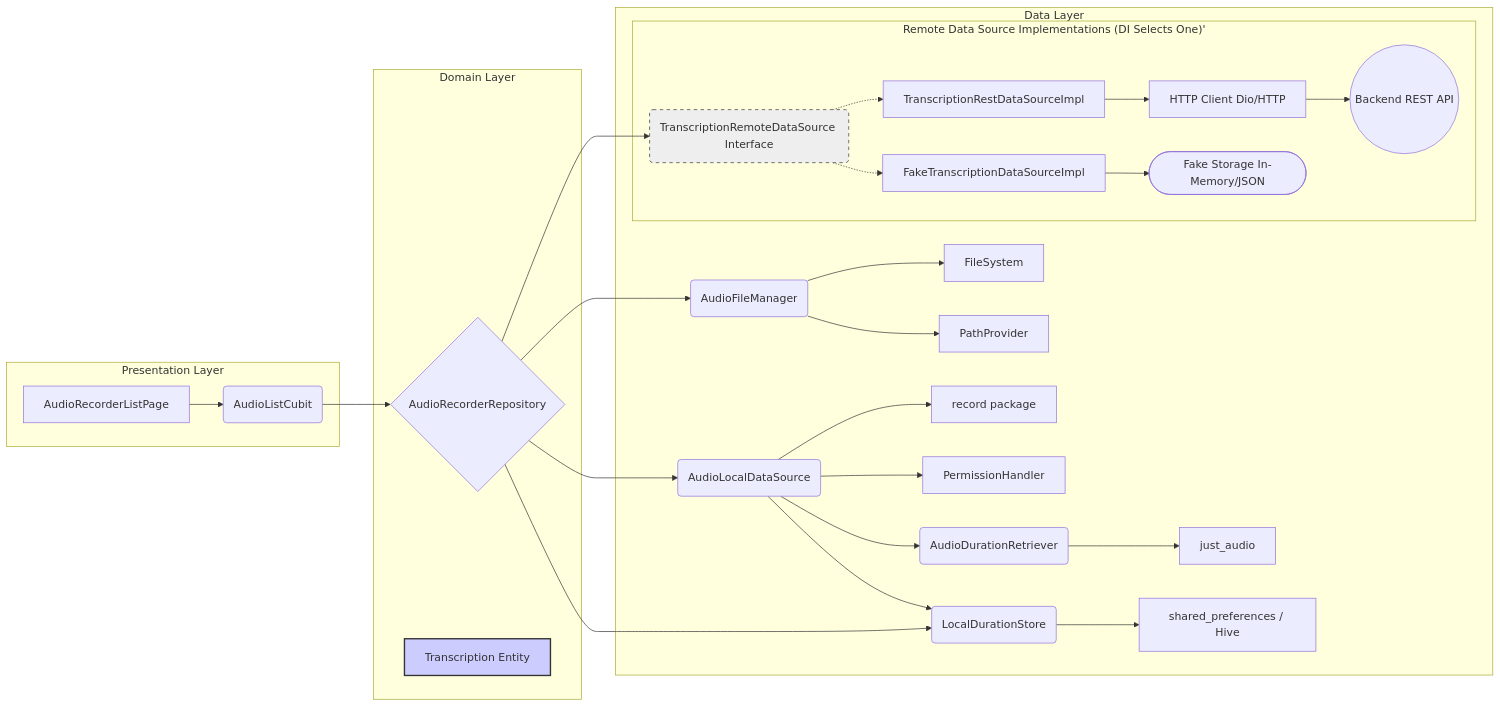
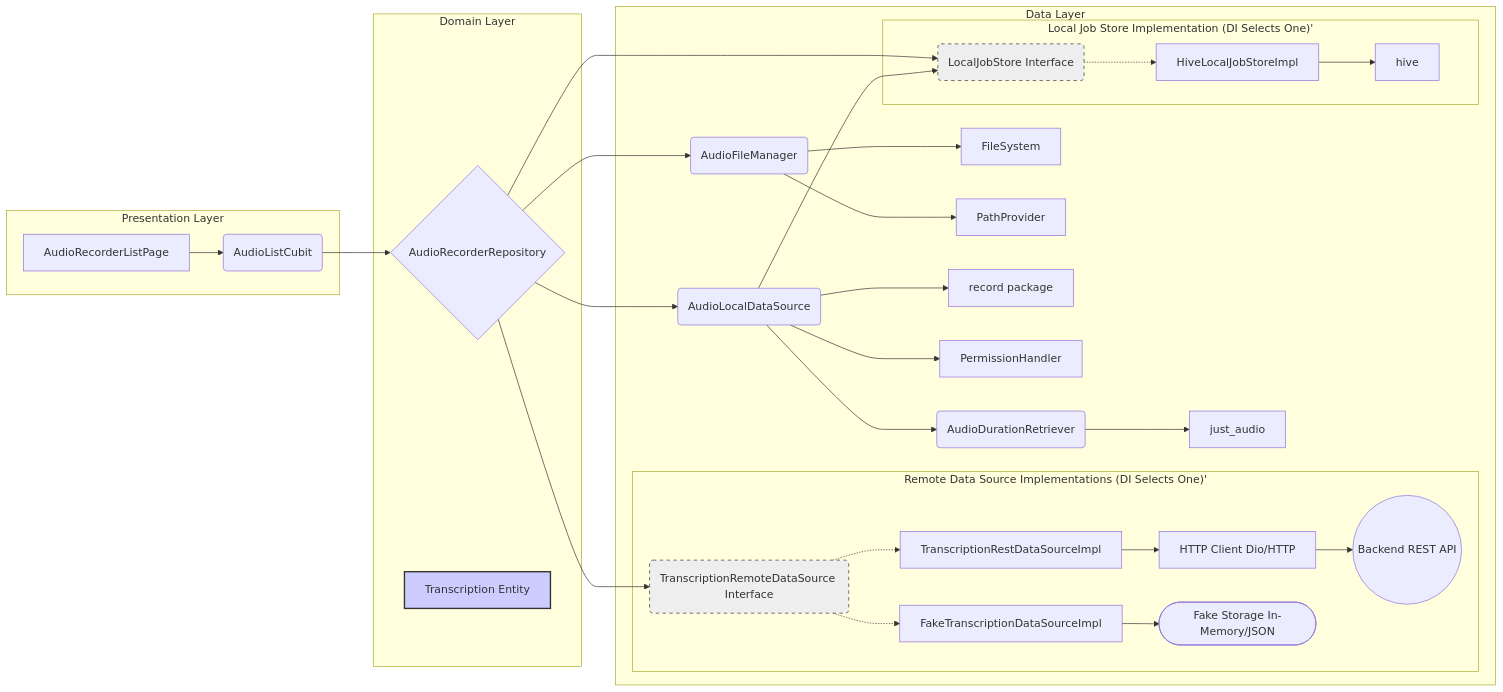
One commit to MediScribe/docjet-mobile changed the second of 2 diagrams in architecture.md. Above: the diagram before and after it, drawn with Mermaid. The commit also changed other lines of this file, not shown here.

Commit message:
updated architecture to consider offline data handling

````diff
--- a/architecture.md
+++ b/architecture.md
@@ -53,36 +55,41 @@
 ```mermaid
 graph LR
     subgraph Presentation Layer
         A[AudioRecorderListPage] --> B(AudioListCubit);
     end
     subgraph Domain Layer
         B --> C{AudioRecorderRepository};
         M[Transcription Entity];
     end
     subgraph Data Layer
         C --> E(AudioFileManager);
         C --> F(AudioLocalDataSource);
         C --> N_Interface(TranscriptionRemoteDataSource Interface);
-        C --> Q(LocalDurationStore);
+        C --> Q_Interface(LocalJobStore Interface);
         E --> G[FileSystem];
         E --> H[PathProvider];
         F --> K[record package];
         F --> L[PermissionHandler];
         F --> I(AudioDurationRetriever);
-        F --> Q;
+        F --> Q_Interface;
         I --> J[just_audio];
 
         subgraph "Remote Data Source Implementations (DI Selects One)"'
             N_Interface -.-> N_Real[TranscriptionRestDataSourceImpl];
             N_Interface -.-> N_Fake[FakeTranscriptionDataSourceImpl];
             N_Real --> O[HTTP Client Dio/HTTP];
             O --> P((Backend REST API));
             N_Fake --> S([Fake Storage In-Memory/JSON]);
         end
 
-        Q --> R[shared_preferences / Hive];
+        subgraph "Local Job Store Implementation (DI Selects One)"'
+             Q_Interface -.-> Q_Hive[HiveLocalJobStoreImpl];
+             Q_Hive --> T[hive];
+        end
+
     end
 
     style M fill:#ccf,stroke:#333,stroke-width:2px
     style N_Interface fill:#eee,stroke:#333,stroke-width:1px,stroke-dasharray: 5 5
+    style Q_Interface fill:#eee,stroke:#333,stroke-width:1px,stroke-dasharray: 5 5
 ```
````
